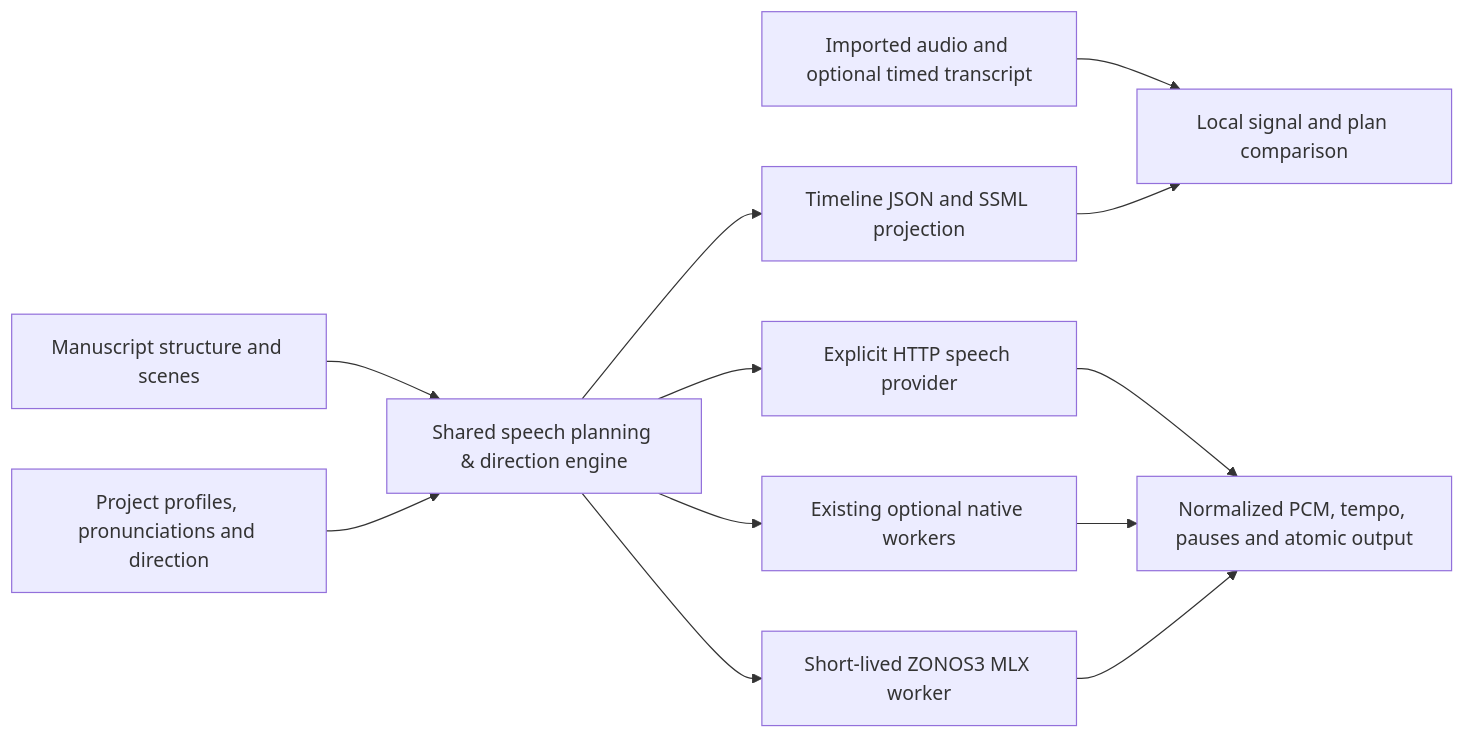
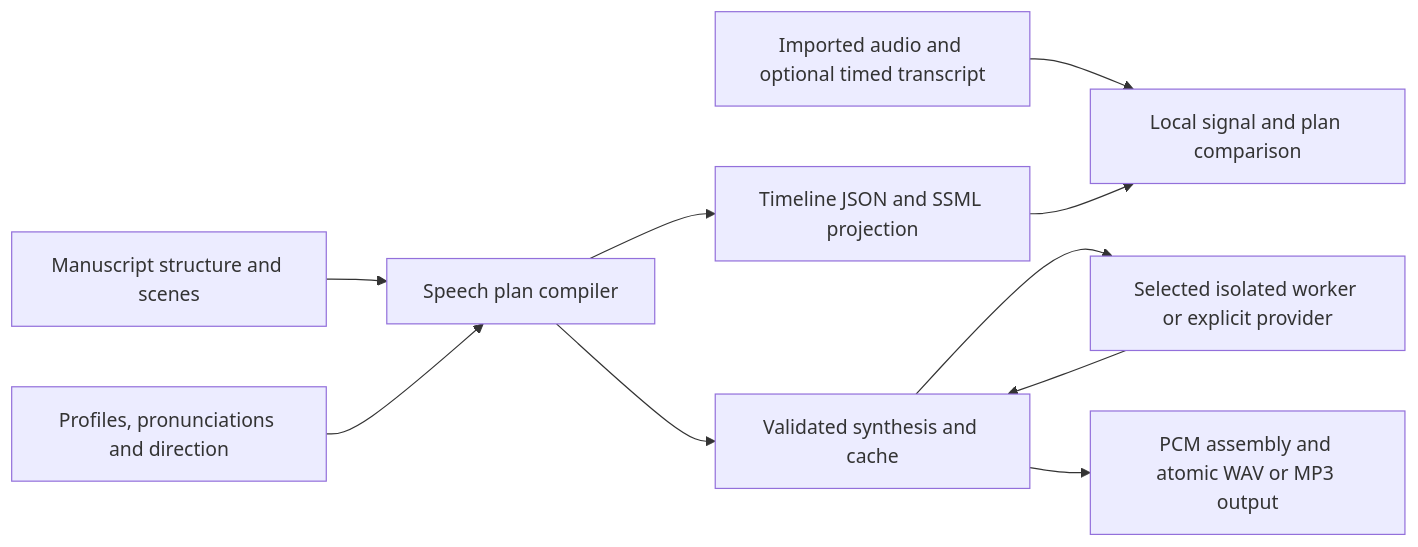
The second of 2 diagrams in docs/ARCHITECTURE.md (mfahsold/lixity), drawn with Mermaid before and after one commit. The commit also changed other lines of this file and 154 other files, not shown here.

````diff
--- a/docs/ARCHITECTURE.md
+++ b/docs/ARCHITECTURE.md
@@ -1647,14 +1652,12 @@
 ```mermaid
 flowchart LR
-    Manuscript[Manuscript structure and scenes] --> Planner[Shared speech planning & direction engine]
-    Project[Project profiles, pronunciations and direction] --> Planner
+    Manuscript[Manuscript structure and scenes] --> Planner[Speech plan compiler]
+    Project[Profiles, pronunciations and direction] --> Planner
     Planner --> Export[Timeline JSON and SSML projection]
-    Planner --> Provider[Explicit HTTP speech provider]
-    Planner --> Native[Existing optional native workers]
-    Planner --> MLX[Short-lived ZONOS3 MLX worker]
-    Provider --> Output[Normalized PCM, tempo, pauses and atomic output]
-    Native --> Output
-    MLX --> Output
-    Audio[Imported audio and optional timed transcript] --> Quality[Local signal and plan comparison]
-    Export --> Quality
+    Planner --> Render[Validated synthesis and cache]
+    Render --> Adapter[Selected isolated worker or explicit provider]
+    Adapter --> Render
+    Render --> Output[PCM assembly and atomic WAV or MP3 output]
+    Audio[Imported audio and optional timed transcript] --> Audit[Local signal and plan comparison]
+    Export --> Audit
 ```
````
